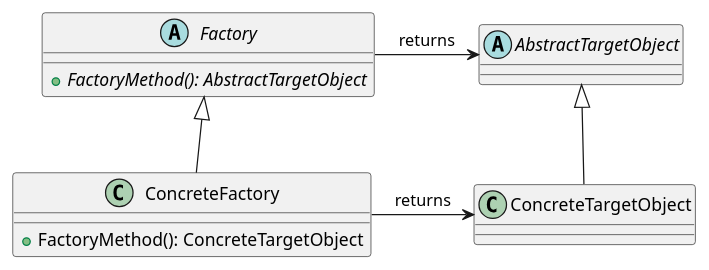
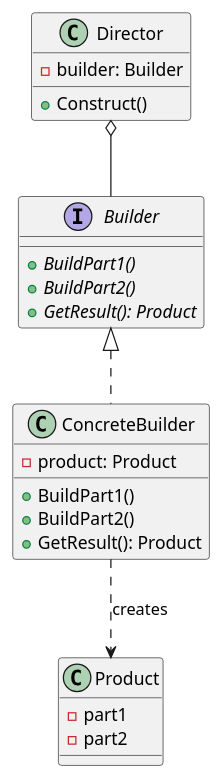
One commit to T-450/design-patterns changed the first of 2 diagrams in Catalogue/Creational/Factory_Method.md. Above: the diagram before and after it, drawn with PlantUML. The commit also changed other lines of this file and 16 other files, not shown here.

Commit message:
chore: Remove Factory Method pattern implementation and related files and added more patterns to the catalogue.

````diff
--- a/Catalogue/Creational/Factory_Method.md
+++ b/Catalogue/Creational/Factory_Method.md
@@ -10,23 +5,33 @@
 ```plantuml
 @startuml
 skinparam backgroundcolor transparent
 skinparam shadowing false
 
-abstract class AbstractTargetObject
-
-class ConcreteTargetObject
-
-abstract class Factory {
-  + {abstract} FactoryMethod(): AbstractTargetObject
+interface Builder {
+  + {abstract} BuildPart1()
+  + {abstract} BuildPart2()
+  + {abstract} GetResult(): Product
 }
 
-class ConcreteFactory {
-  + FactoryMethod(): ConcreteTargetObject
+class ConcreteBuilder {
+  - product: Product
+  + BuildPart1()
+  + BuildPart2()
+  + GetResult(): Product
 }
 
-AbstractTargetObject <|-- ConcreteTargetObject
-Factory <|-- ConcreteFactory
-Factory -> AbstractTargetObject : returns
-ConcreteFactory -> ConcreteTargetObject : returns
+class Director {
+  - builder: Builder
+  + Construct()
+}
+
+class Product {
+  - part1
+  - part2
+}
+
+Builder <|.. ConcreteBuilder
+Director o-- Builder
+ConcreteBuilder ..> Product : creates
 @enduml
 ```
````
